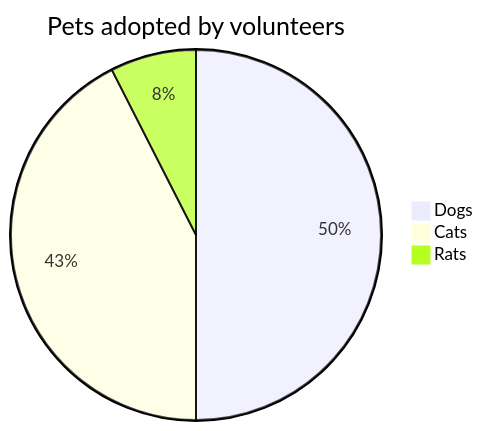
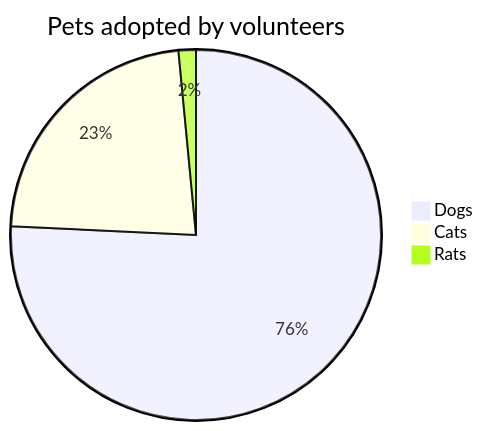
One commit to o81911190902/iodraw-files changed the diagram in all/Untitled.md. Above: the diagram before and after it, drawn with Mermaid.

Commit message:
2025-01-18 20:46:23 update

````diff
--- a/all/Untitled.md
+++ b/all/Untitled.md
@@ -1,7 +1,7 @@
 ```mermaid
 pie title Pets adopted by volunteers
     "Dogs" : 100
-    "Cats" : 85
-    "Rats" : 15
+    "Cats" : 30
+    "Rats" : 2
             
 ```
````
